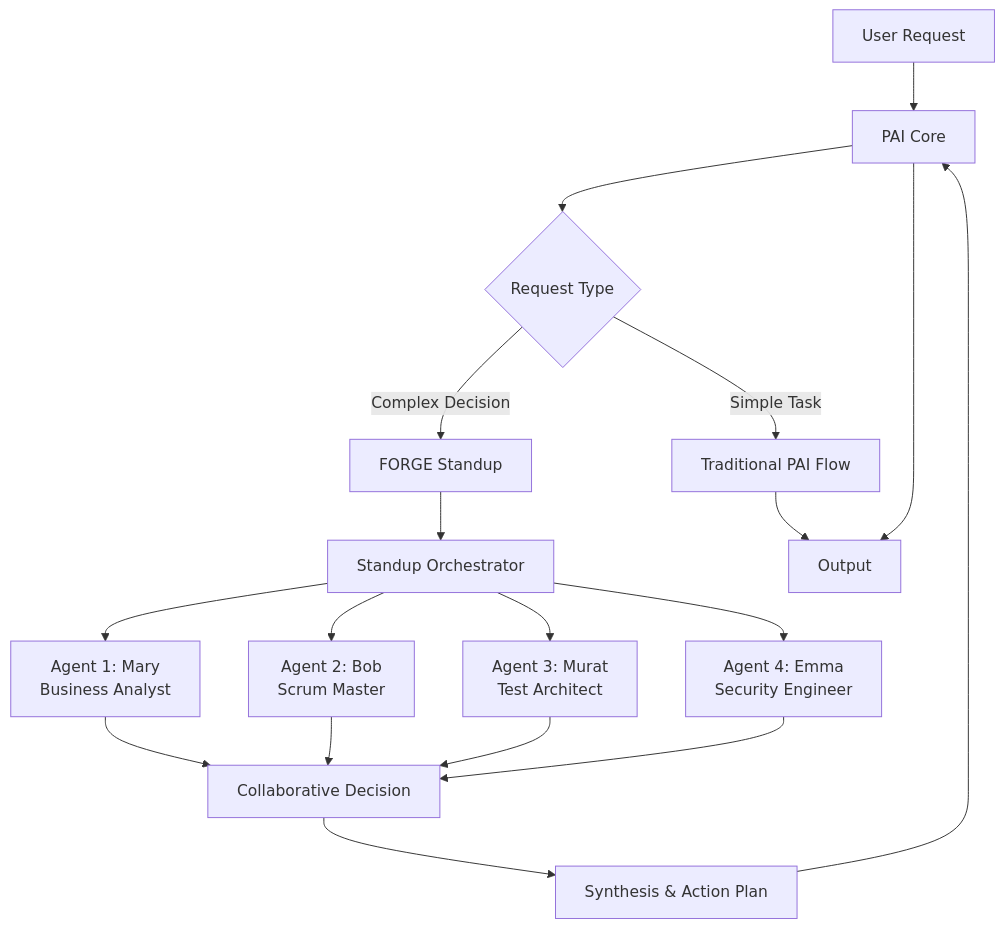
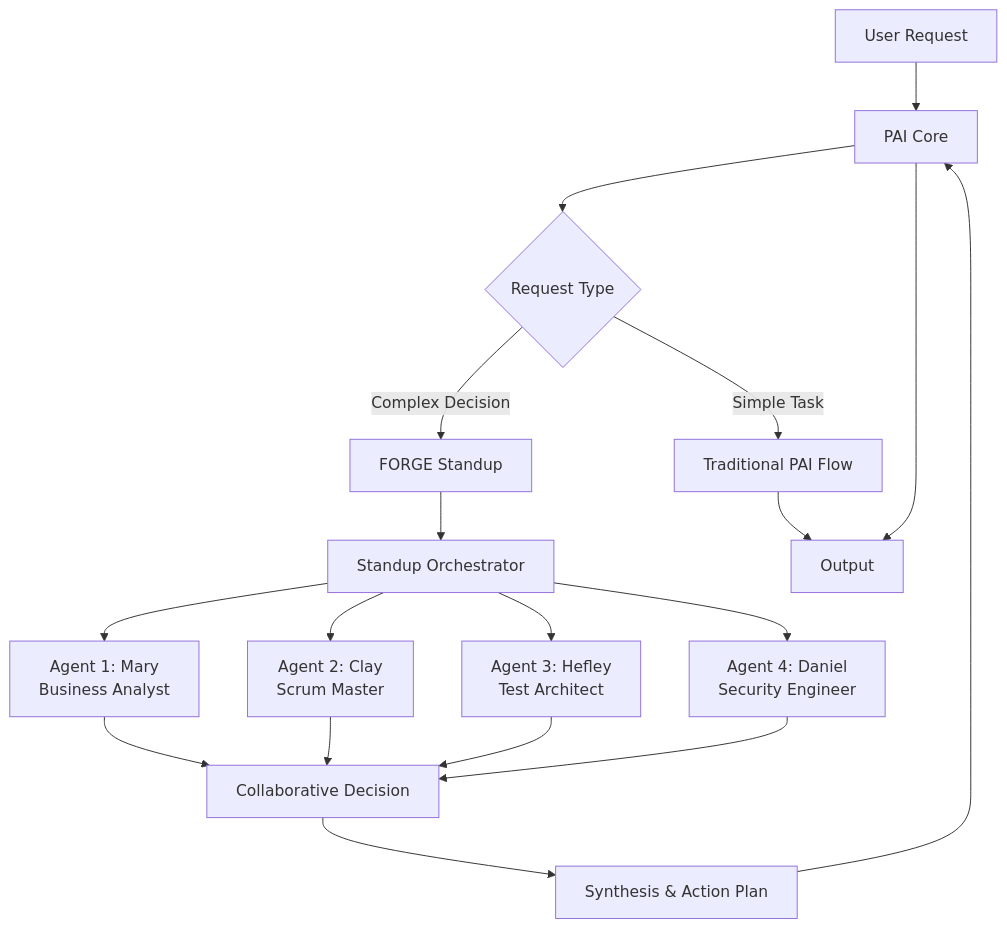
Before and after one commit to banjoey/FORGE: the diagram in ARCHITECTURE.md, drawn with Mermaid. The commit also changed other lines of this file and 60 other files, not shown here.

````diff
--- a/ARCHITECTURE.md
+++ b/ARCHITECTURE.md
@@ -37,25 +37,25 @@
 ```mermaid
 graph TD
     A[User Request] --> B[PAI Core]
     B --> C{Request Type}
 
     C -->|Simple Task| D[Traditional PAI Flow]
     C -->|Complex Decision| E[FORGE Standup]
 
     E --> F[Standup Orchestrator]
     F --> G[Agent 1: Mary<br/>Business Analyst]
-    F --> H[Agent 2: Bob<br/>Scrum Master]
-    F --> I[Agent 3: Murat<br/>Test Architect]
-    F --> J[Agent 4: Emma<br/>Security Engineer]
+    F --> H[Agent 2: Clay<br/>Scrum Master]
+    F --> I[Agent 3: Hefley<br/>Test Architect]
+    F --> J[Agent 4: Daniel<br/>Security Engineer]
 
     G --> K[Collaborative Decision]
     H --> K
     I --> K
     J --> K
 
     K --> L[Synthesis & Action Plan]
     L --> B
 
     D --> M[Output]
     B --> M
 ```
````
